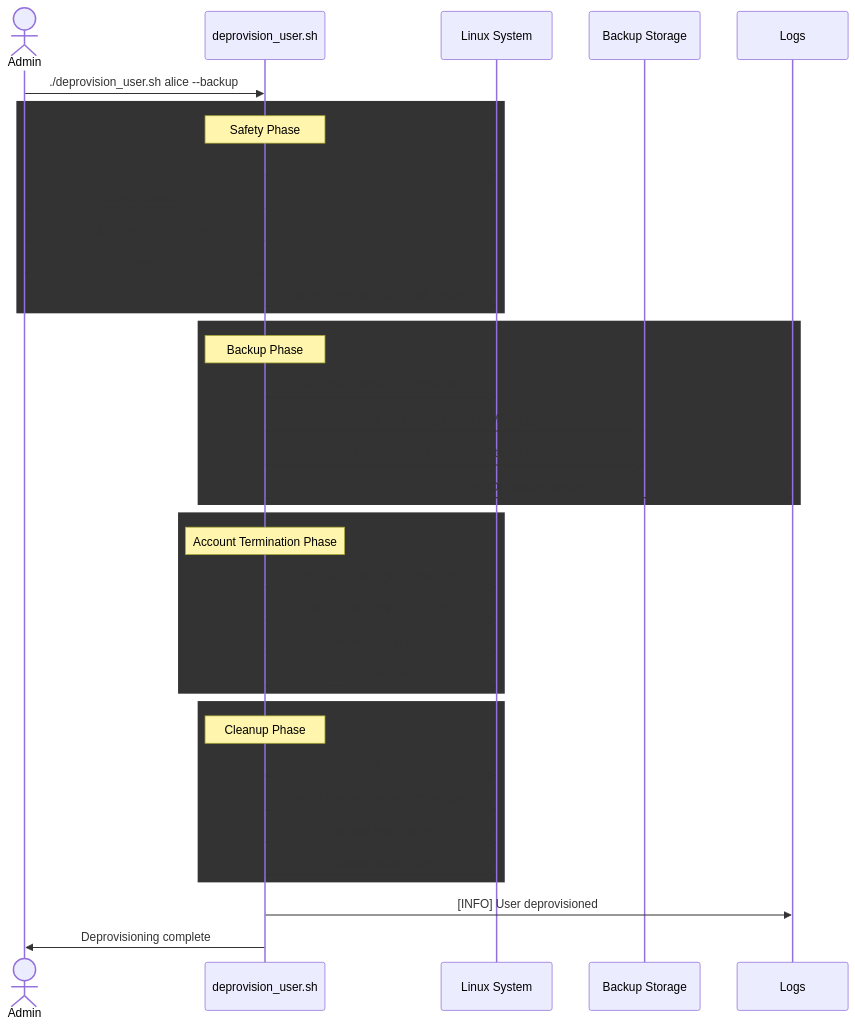
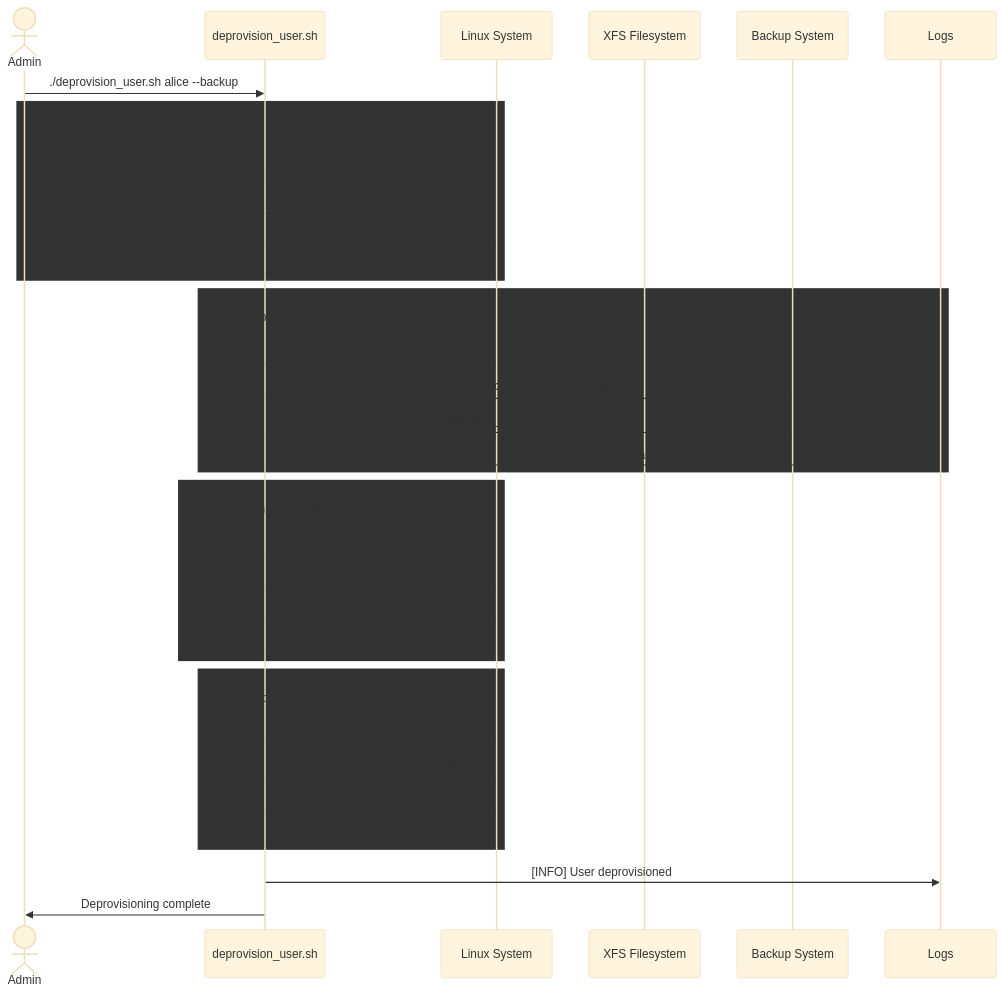
The fourth of 7 diagrams in docs/architecture.md (aaronwittchen/Automated-Storage-Provisioning-Tool), drawn with Mermaid before and after one commit. The commit also changed other lines of this file, not shown here.

````diff
--- a/docs/architecture.md
+++ b/docs/architecture.md
@@ -172,46 +167,47 @@
 ```mermaid
+%%{init: {'theme': 'base', 'themeVariables': { 'background': 'transparent', 'noteBkgColor': 'transparent' }}}%%
 sequenceDiagram
     actor Admin
     participant Script as deprovision_user.sh
     participant System as Linux System
-    participant Backup as Backup Storage
+    participant FS as XFS Filesystem
+    participant Backup as Backup System
     participant Log as Logs
 
     Admin->>Script: ./deprovision_user.sh alice --backup
     
-    rect stroke:#f44336,stroke-width:3px
+    rect stroke:#f44336,stroke-width:3px,fill:none
     Note over Script: Safety Phase
     Script->>System: Verify user exists
     Script->>Admin: Display warning
-    Script->>Admin: Require 'yes' confirmation
-    Admin->>Script: yes
+    Script->>System: Check running processes
     Script->>System: Gather user info (UID, disk usage)
     end
     
-    rect stroke:#ff9800,stroke-width:3px
+    rect stroke:#ff9800,stroke-width:3px,fill:none
     Note over Script: Backup Phase
     Script->>System: Read /home/storage_users/alice
     Script->>Backup: tar -czf alice_TIMESTAMP.tar.gz
     Script->>Backup: Create alice_TIMESTAMP.tar.gz.meta
     Script->>Log: [INFO] Backup created
     end
     
-    rect stroke:#3f51b5,stroke-width:3px
+    rect stroke:#3f51b5,stroke-width:3px,fill:none
     Note over Script: Account Termination Phase
     Script->>System: passwd -l alice (lock account)
     Script->>System: pkill -u alice (kill processes)
-    Script->>System: Remove cron jobs
+    Script->>System: usermod -s /sbin/nologin alice
     Script->>System: xfs_quota remove limits
     end
     
-    rect stroke:#e91e63,stroke-width:3px
+    rect stroke:#e91e63,stroke-width:3px,fill:none
     Note over Script: Cleanup Phase
     Script->>System: userdel -r alice
     Script->>System: rm -rf /home/storage_users/alice
     Script->>System: Remove SSH config
     Script->>System: Remove audit rules
     end
     
     Script->>Log: [INFO] User deprovisioned
     Script->>Admin: Deprovisioning complete
 ```
````
